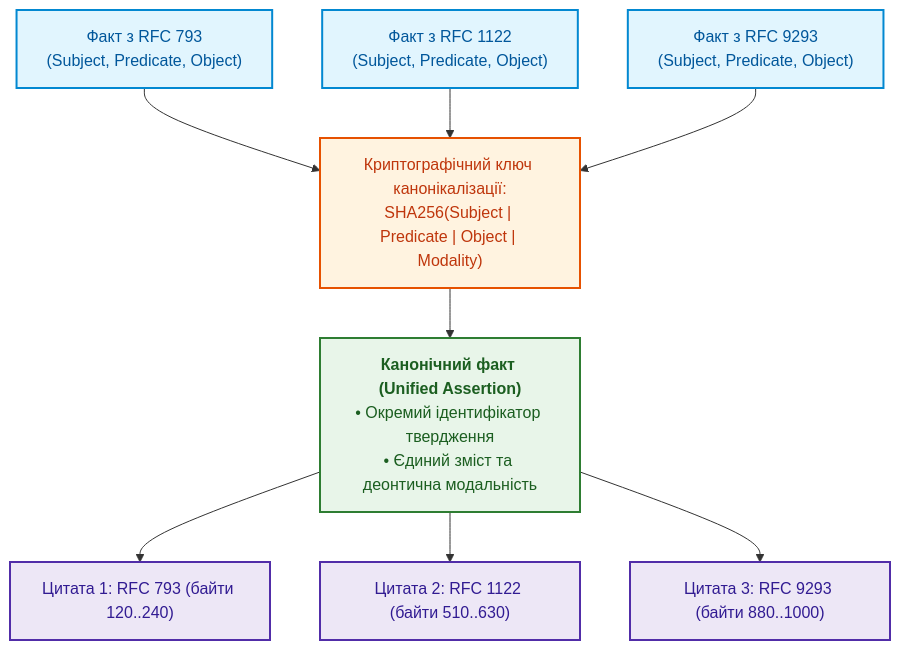
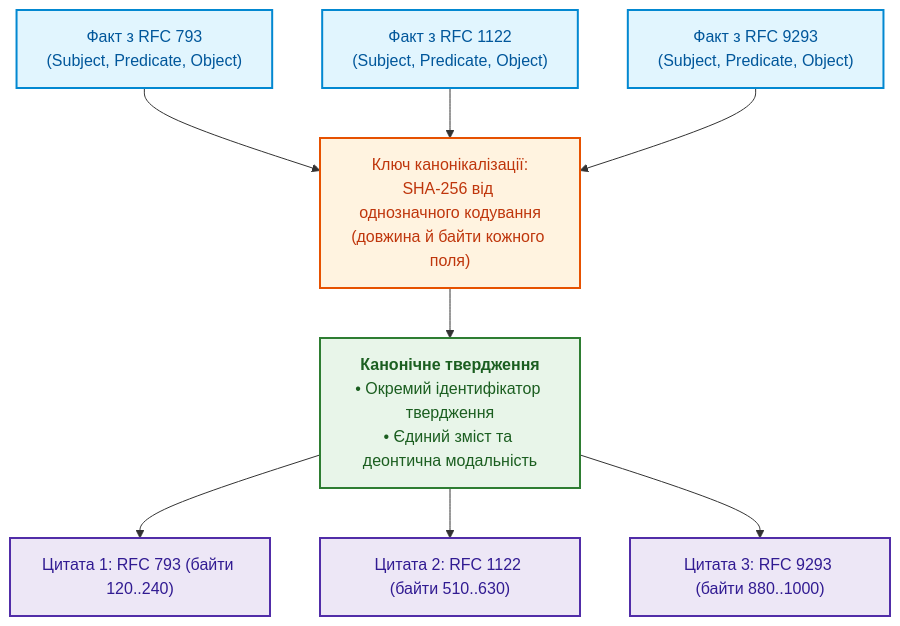
Before and after one commit to nick-fedchik/articles: the fifth of 7 diagrams in ExpertSystem/ch32-high-performance-knowledge-packs-mmap-and-harvesting.md, drawn with Mermaid. The commit also changed other lines of this file and 43 other files, not shown here.

````diff
--- a/ExpertSystem/ch32-high-performance-knowledge-packs-mmap-and-harvesting.md
+++ b/ExpertSystem/ch32-high-performance-knowledge-packs-mmap-and-harvesting.md
@@ -473,29 +473,29 @@
 ```mermaid
 flowchart TD
     accTitle: Алгоритм безвтратного кластерування тверджень
     accDescr: Об'єднання однакових фактів у канонічне твердження зі збереженням графа цитувань.
 
     RAW1["Факт з RFC 793<br/>(Subject, Predicate, Object)"]
     RAW2["Факт з RFC 1122<br/>(Subject, Predicate, Object)"]
     RAW3["Факт з RFC 9293<br/>(Subject, Predicate, Object)"]
 
-    HASH["Криптографічний ключ канонікалізації:<br/>SHA256(Subject | Predicate | Object | Modality)"]
+    HASH["Ключ канонікалізації:<br/>SHA-256 від однозначного кодування<br/>(довжина й байти кожного поля)"]
 
     RAW1 & RAW2 & RAW3 --> HASH
 
-    HASH --> CLUSTER["<b>Канонічний факт (Unified Assertion)</b><br/>• Окремий ідентифікатор твердження<br/>• Єдиний зміст та деонтична модальність"]
+    HASH --> CLUSTER["<b>Канонічне твердження</b><br/>• Окремий ідентифікатор твердження<br/>• Єдиний зміст та деонтична модальність"]
 
     CLUSTER --> CIT1["Цитата 1: RFC 793 (байти 120..240)"]
     CLUSTER --> CIT2["Цитата 2: RFC 1122 (байти 510..630)"]
     CLUSTER --> CIT3["Цитата 3: RFC 9293 (байти 880..1000)"]
 
     classDef raw fill:#e1f5fe,stroke:#0288d1,stroke-width:2px,color:#01579b;
     classDef hash fill:#fff3e0,stroke:#e65100,stroke-width:2px,color:#bf360c;
     classDef cl fill:#e8f5e9,stroke:#2e7d32,stroke-width:2px,color:#1b5e20;
     classDef cit fill:#ede7f6,stroke:#512da8,stroke-width:2px,color:#311b92;
 
     class RAW1,RAW2,RAW3 raw;
     class HASH hash;
     class CLUSTER cl;
     class CIT1,CIT2,CIT3 cit;
 ```
````
